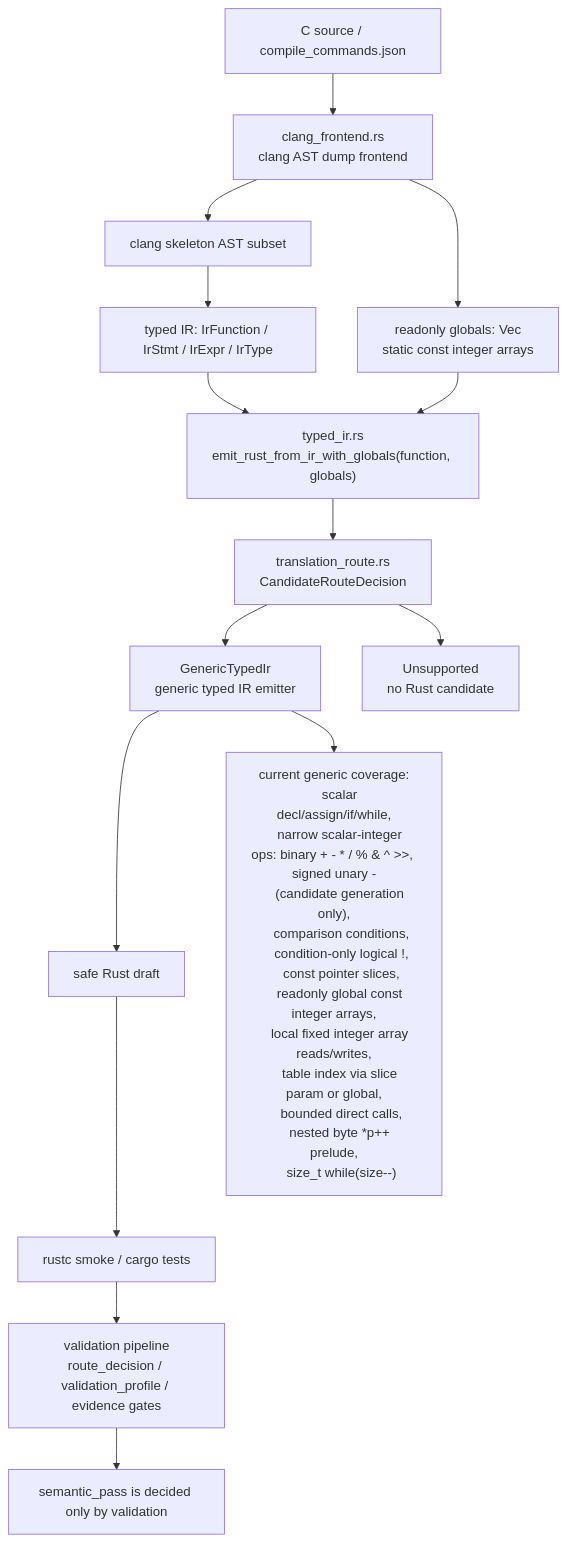
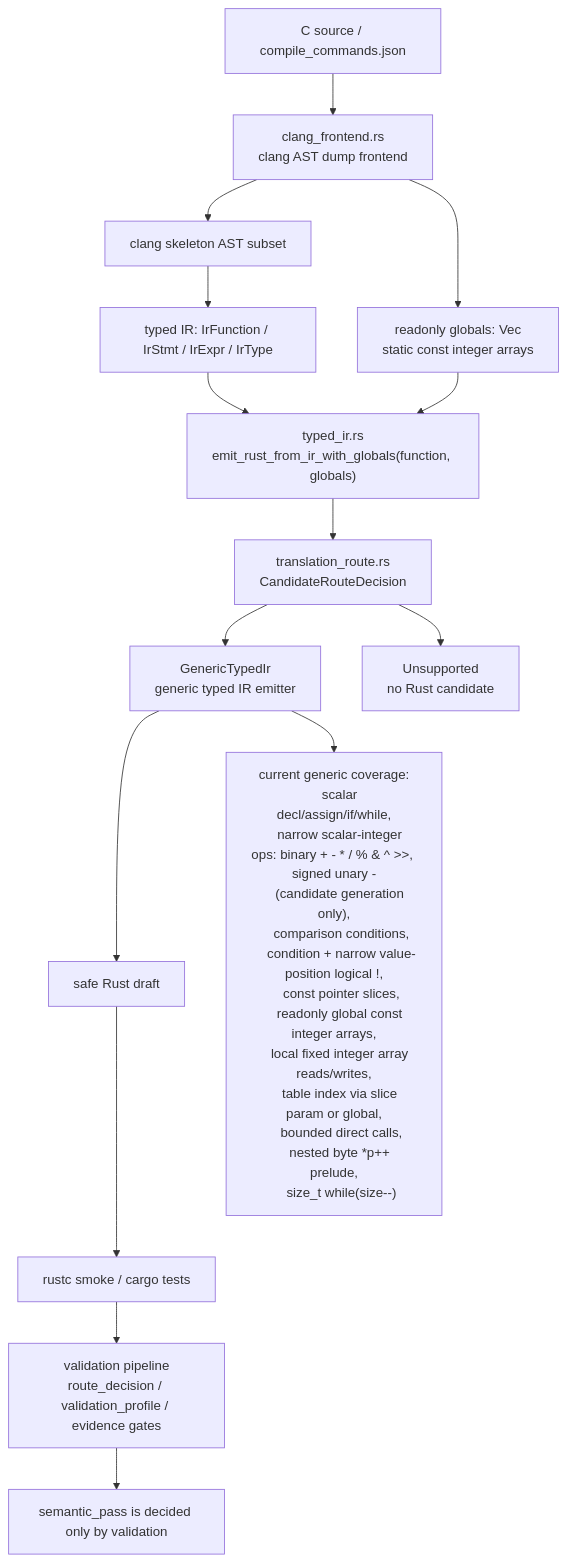
The diagram in docs/c2rust-migration-agent/core-translation-architecture.en.md (guoqihan342-svg/c-to-rust), drawn with Mermaid before and after one commit. The commit also changed other lines of this file and 8 other files, not shown here.

Commit message:
Support value logical not typed IR lowering

````diff
--- a/docs/c2rust-migration-agent/core-translation-architecture.en.md
+++ b/docs/c2rust-migration-agent/core-translation-architecture.en.md
@@ -7,30 +7,30 @@
 ```mermaid
 flowchart TD
     C["C source / compile_commands.json"] --> Clang["clang_frontend.rs<br/>clang AST dump frontend"]
     Clang --> Skeleton["clang skeleton AST subset"]
     Skeleton --> IR["typed IR: IrFunction / IrStmt / IrExpr / IrType"]
     Clang --> Globals["readonly globals: Vec<IrGlobal><br/>static const integer arrays"]
     IR --> EmitCtx["typed_ir.rs<br/>emit_rust_from_ir_with_globals(function, globals)"]
     Globals --> EmitCtx
     EmitCtx --> RouteMeta["translation_route.rs<br/>CandidateRouteDecision"]
     RouteMeta --> Generic["GenericTypedIr<br/>generic typed IR emitter"]
     RouteMeta --> Unsupported["Unsupported<br/>no Rust candidate"]
     Generic --> Rust["safe Rust draft"]
     Rust --> Rustc["rustc smoke / cargo tests"]
     Rustc --> Validation["validation pipeline<br/>route_decision / validation_profile / evidence gates"]
 
     Generic --> Supported["current generic coverage:
     scalar decl/assign/if/while,
     narrow scalar-integer ops: binary + - * / % & ^ >>, signed unary -
     (candidate generation only),
     comparison conditions,
-    condition-only logical !,
+    condition + narrow value-position logical !,
     const pointer slices,
     readonly global const integer arrays,
     local fixed integer array reads/writes,
     table index via slice param or global,
     bounded direct calls,
     nested byte *p++ prelude,
     size_t while(size--)"]
     Validation --> Semantic["semantic_pass is decided only by validation"]
 ```
````
